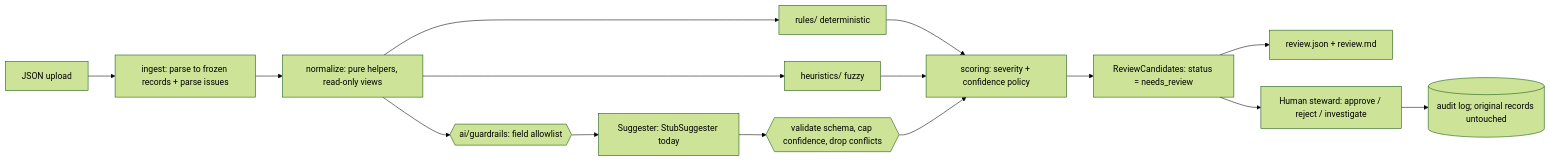
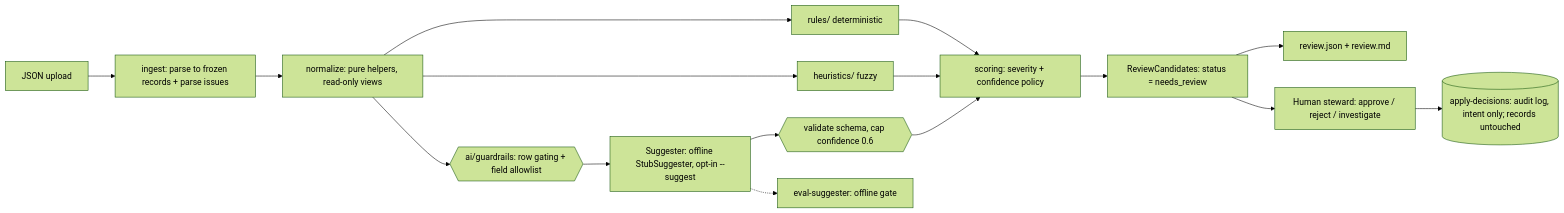
The diagram in docs/ARCHITECTURE.md (thepriyank/verdantis-asgmt), drawn with Mermaid (forest theme) before and after one commit. The commit also changed other lines of this file and 4 other files, not shown here.

First line of the commit message:
docs: make SPEC, DECISIONS, ARCHITECTURE, AI_USAGE and README tell one story

````diff
--- a/docs/ARCHITECTURE.md
+++ b/docs/ARCHITECTURE.md
@@ -3,17 +3,18 @@
 ```mermaid
 flowchart LR
   IN[JSON upload] --> ING[ingest: parse to frozen records + parse issues]
   ING --> NORM[normalize: pure helpers, read-only views]
   NORM --> R[rules/ deterministic]
   NORM --> H[heuristics/ fuzzy]
-  NORM --> G{{ai/guardrails: field allowlist}}
-  G --> AI[Suggester: StubSuggester today]
-  AI --> V{{validate schema, cap confidence, drop conflicts}}
+  NORM --> G{{ai/guardrails: row gating + field allowlist}}
+  G --> AI[Suggester: offline StubSuggester, opt-in --suggest]
+  AI --> V{{validate schema, cap confidence 0.6}}
   R --> SC[scoring: severity + confidence policy]
   H --> SC
   V --> SC
   SC --> OUT[ReviewCandidates: status = needs_review]
   OUT --> REP[review.json + review.md]
   OUT --> HUM[Human steward: approve / reject / investigate]
-  HUM --> AUD[(audit log; original records untouched)]
+  HUM --> AUD[(apply-decisions: audit log, intent only; records untouched)]
+  AI -.-> EVAL[eval-suggester: offline gate]
 ```
````
